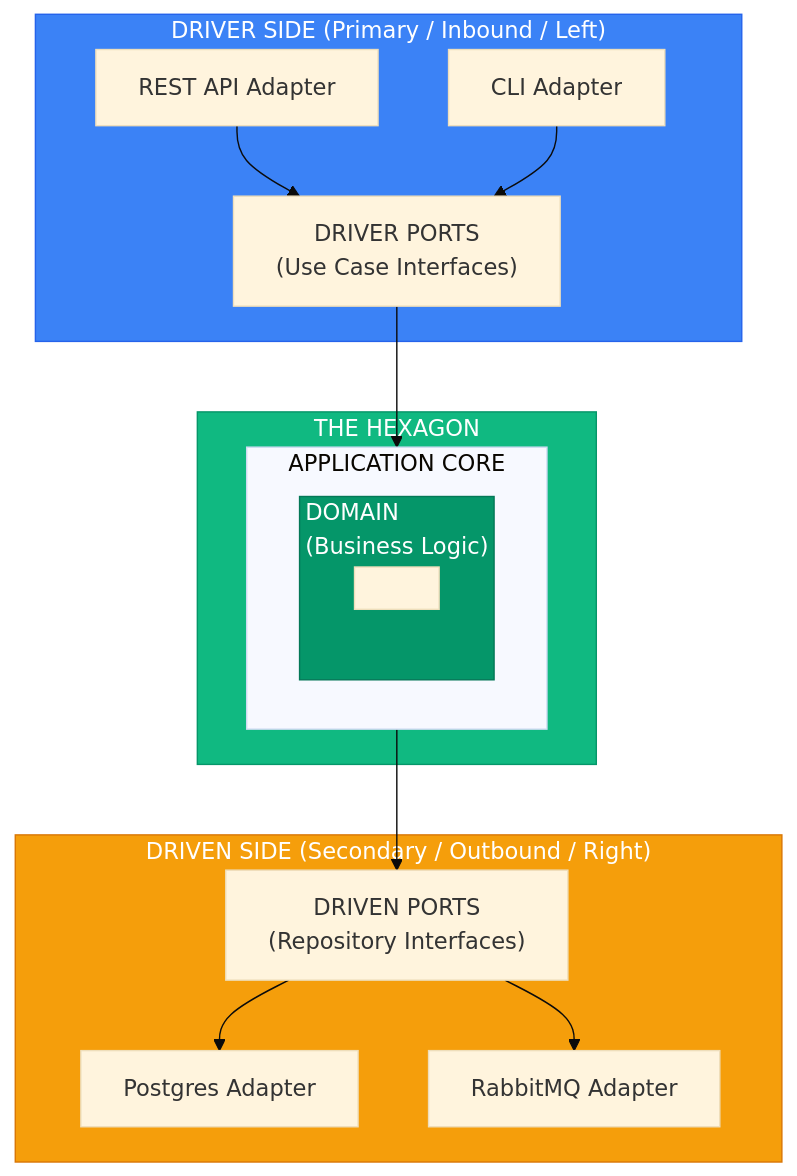
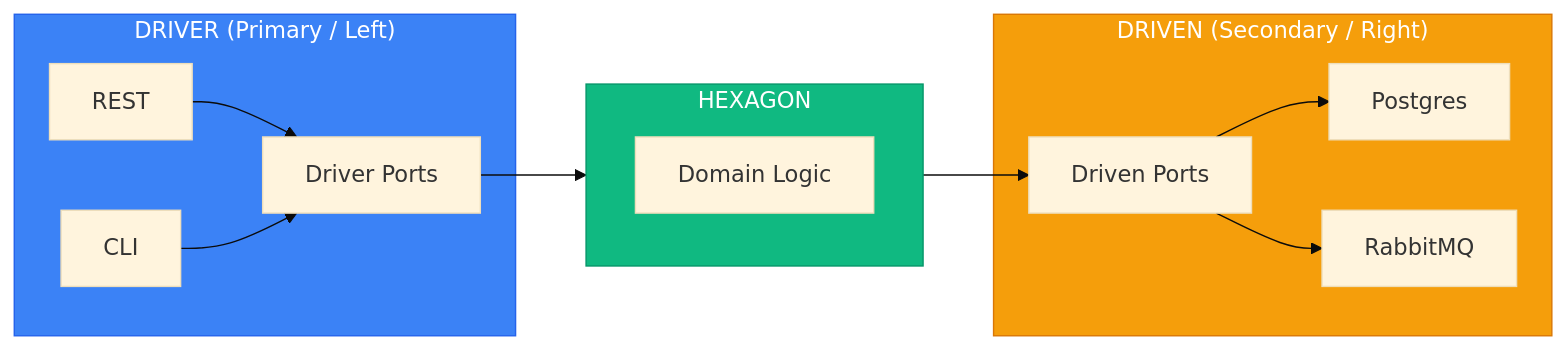
Before and after one commit to marcusquinn/aidevops: the diagram in .agents/tools/architecture/clean-ddd-hexagonal-skill/hexagonal.md, drawn with Mermaid (base theme). The commit also changed other lines of this file, not shown here.

````diff
--- a/.agents/tools/architecture/clean-ddd-hexagonal-skill/hexagonal.md
+++ b/.agents/tools/architecture/clean-ddd-hexagonal-skill/hexagonal.md
@@ -9,34 +9,16 @@
 ```mermaid
-flowchart TB
-    subgraph DriverSide["DRIVER SIDE (Primary / Inbound / Left)"]
-        REST["REST API Adapter"]
-        CLI["CLI Adapter"]
-        DriverPorts["DRIVER PORTS\n(Use Case Interfaces)"]
-        REST --> DriverPorts
-        CLI --> DriverPorts
+flowchart LR
+    subgraph Driver["DRIVER (Primary / Left)"]
+        REST["REST"] & CLI["CLI"] --> DP["Driver Ports"]
     end
-
-    subgraph Hexagon["THE HEXAGON"]
-        subgraph AppCore["APPLICATION CORE"]
-            subgraph Domain["DOMAIN\n(Business Logic)"]
-                BL[" "]
-            end
-        end
+    subgraph Hex["HEXAGON"]
+        Domain["Domain Logic"]
     end
-
-    subgraph DrivenSide["DRIVEN SIDE (Secondary / Outbound / Right)"]
-        DrivenPorts["DRIVEN PORTS\n(Repository Interfaces)"]
-        Postgres["Postgres Adapter"]
-        RabbitMQ["RabbitMQ Adapter"]
-        DrivenPorts --> Postgres
-        DrivenPorts --> RabbitMQ
+    subgraph Driven["DRIVEN (Secondary / Right)"]
+        DnP["Driven Ports"] --> PG["Postgres"] & MQ["RabbitMQ"]
     end
-
-    DriverPorts --> AppCore
-    AppCore --> DrivenPorts
-
-    style DriverSide fill:#3b82f6,stroke:#2563eb,color:white
-    style Hexagon fill:#10b981,stroke:#059669,color:white
-    style DrivenSide fill:#f59e0b,stroke:#d97706,color:white
-    style Domain fill:#059669,stroke:#047857,color:white
+    DP --> Hex --> DnP
+    style Driver fill:#3b82f6,stroke:#2563eb,color:white
+    style Hex fill:#10b981,stroke:#059669,color:white
+    style Driven fill:#f59e0b,stroke:#d97706,color:white
 ```
````
